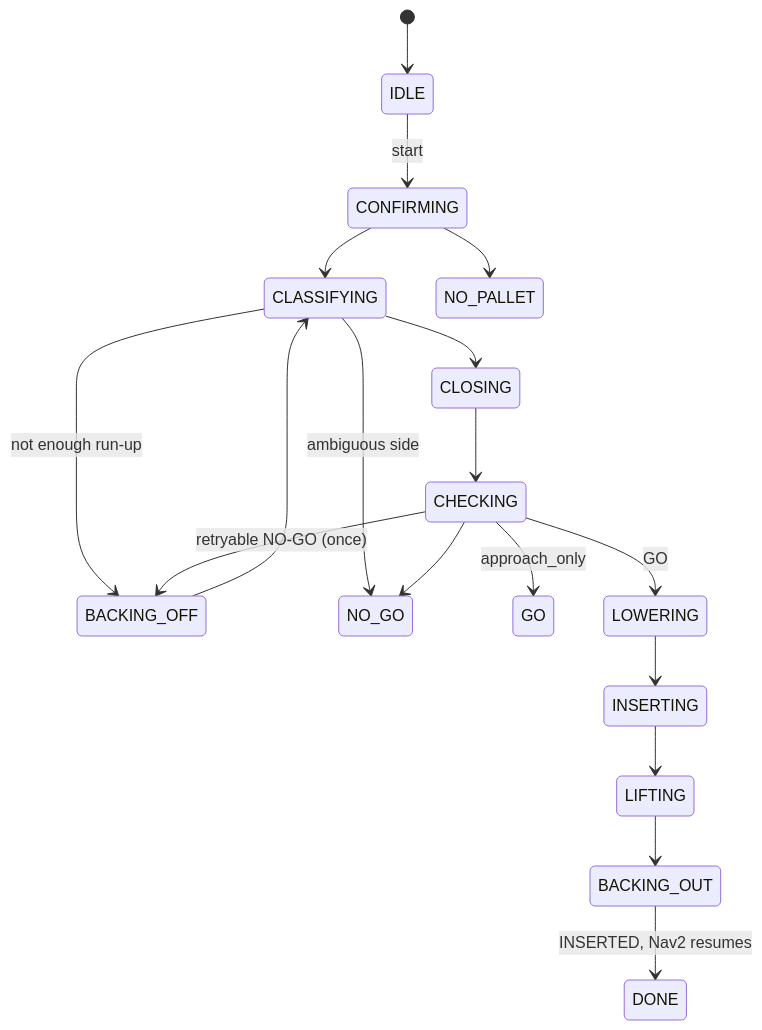
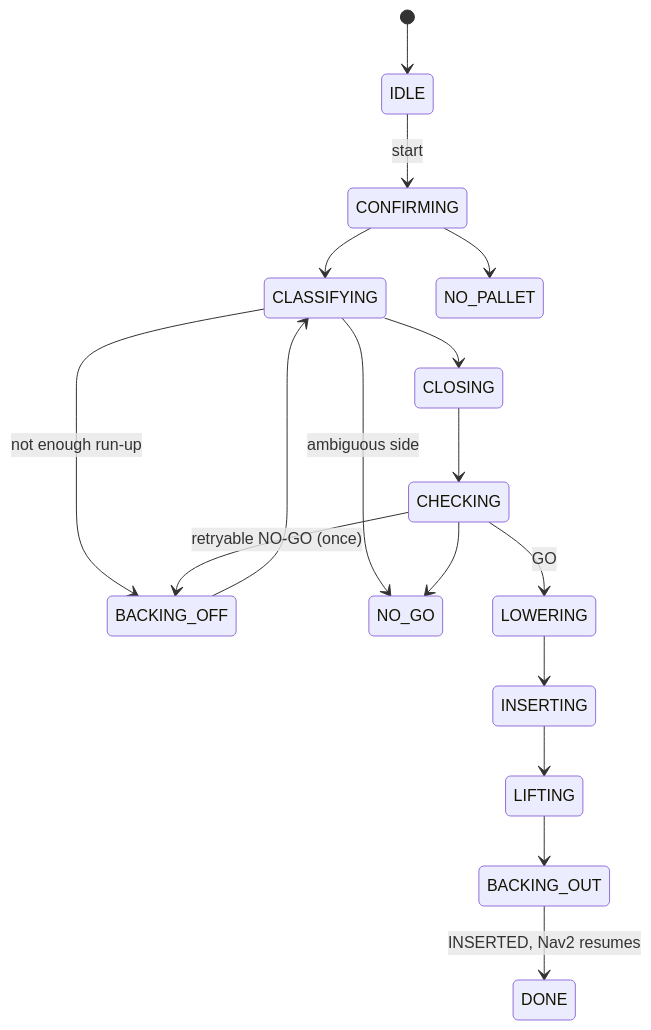
Before and after one commit to imkannadiga/pallet-approach-controller: the third of 3 diagrams in README.md, drawn with Mermaid. The commit also changed other lines of this file and 13 other files, not shown here.

First line of the commit message:
Remove the approach_only mode; pickup is the only mode (D95)

````diff
--- a/README.md
+++ b/README.md
@@ -176,20 +176,19 @@
 ```mermaid
 stateDiagram-v2
     [*] --> IDLE
     IDLE --> CONFIRMING: start
     CONFIRMING --> CLASSIFYING
     CONFIRMING --> NO_PALLET
     CLASSIFYING --> BACKING_OFF: not enough run-up
     BACKING_OFF --> CLASSIFYING
     CLASSIFYING --> CLOSING
     CLASSIFYING --> NO_GO: ambiguous side
     CLOSING --> CHECKING
     CHECKING --> BACKING_OFF: retryable NO-GO (once)
     CHECKING --> NO_GO
-    CHECKING --> GO: approach_only
     CHECKING --> LOWERING: GO
     LOWERING --> INSERTING
     INSERTING --> LIFTING
     LIFTING --> BACKING_OUT
     BACKING_OUT --> DONE: INSERTED, Nav2 resumes
 ```
````
